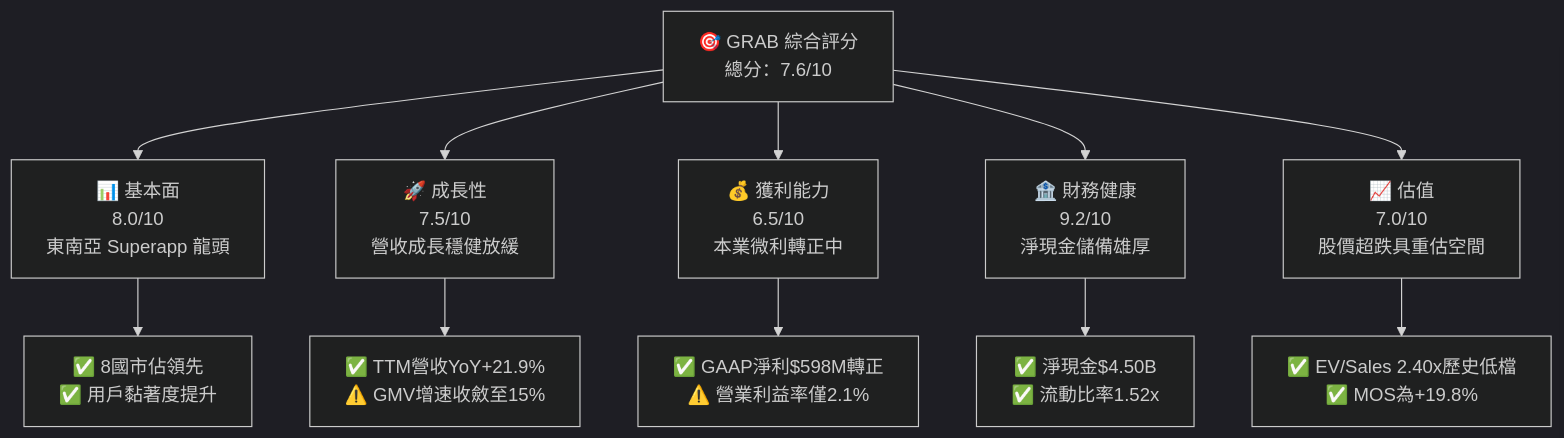
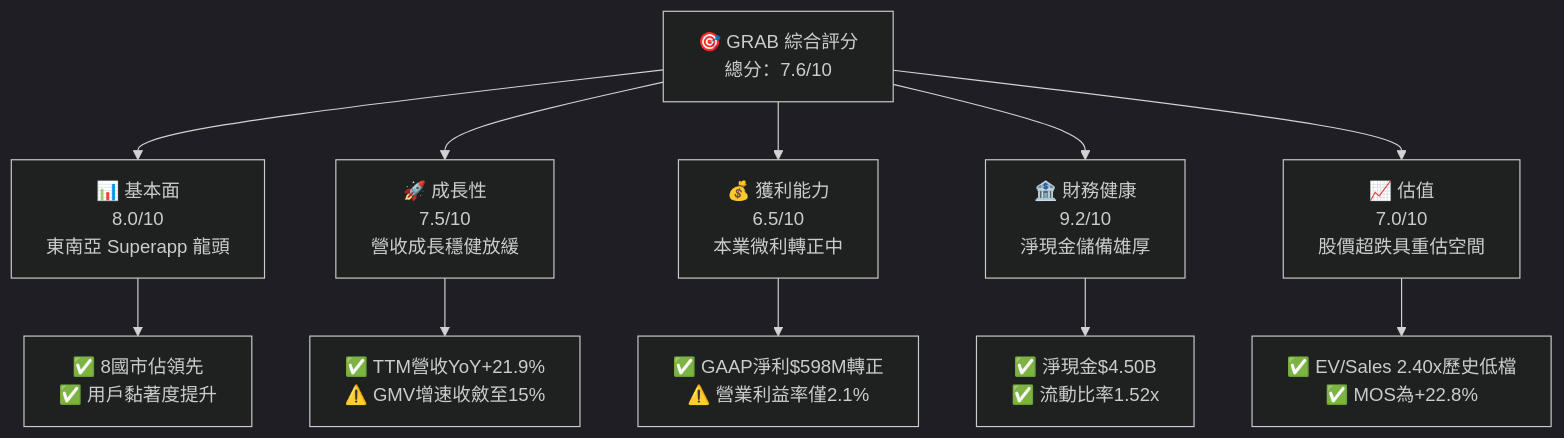
One commit to yennanliu/finance_data changed the first of 15 diagrams in ai_gen_report/fundamental/grab/fundamental_analysis_2026-10-10_gemini.md. Above: the diagram before and after it, drawn with Mermaid (dark theme). The commit also changed other lines of this file and 339 other files, not shown here.

````diff
--- a/ai_gen_report/fundamental/grab/fundamental_analysis_2026-10-10_gemini.md
+++ b/ai_gen_report/fundamental/grab/fundamental_analysis_2026-10-10_gemini.md
@@ -58,22 +65,22 @@
 ```mermaid
 graph TD
     TICKER["🎯 GRAB 綜合評分<br/>總分：7.6/10"]
 
     F["📊 基本面<br/>8.0/10<br/>東南亞 Superapp 龍頭"]
     G["🚀 成長性<br/>7.5/10<br/>營收成長穩健放緩"]
     P["💰 獲利能力<br/>6.5/10<br/>本業微利轉正中"]
     B["🏦 財務健康<br/>9.2/10<br/>淨現金儲備雄厚"]
     V["📈 估值<br/>7.0/10<br/>股價超跌具重估空間"]
 
     TICKER --> F
     TICKER --> G
     TICKER --> P
     TICKER --> B
     TICKER --> V
 
     F --> F1["✅ 8國市佔領先<br/>✅ 用戶黏著度提升"]
     G --> G1["✅ TTM營收YoY+21.9%<br/>⚠️ GMV增速收斂至15%"]
     P --> P1["✅ GAAP淨利$598M轉正<br/>⚠️ 營業利益率僅2.1%"]
     B --> B1["✅ 淨現金$4.50B<br/>✅ 流動比率1.52x"]
-    V --> V1["✅ EV/Sales 2.40x歷史低檔<br/>✅ MOS為+19.8%"]
+    V --> V1["✅ EV/Sales 2.40x歷史低檔<br/>✅ MOS為+22.8%"]
 ```
````
